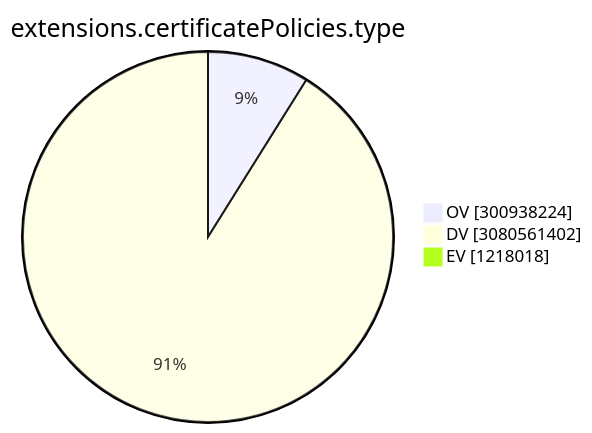
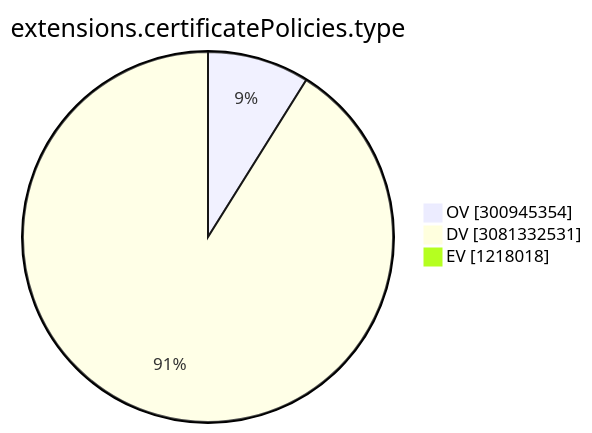
The ninth of 15 diagrams in TOTAL/README.md (christiankrug/ctmonitor_visualization), drawn with Mermaid before and after one commit. The commit also changed other lines of this file, not shown here.

````diff
--- a/TOTAL/README.md
+++ b/TOTAL/README.md
@@ -3103,7 +3103,7 @@
 ```mermaid
 pie showData
 title extensions.certificatePolicies.type
-"OV" :300938224
-"DV" :3080561402
+"OV" :300945354
+"DV" :3081332531
 "EV" :1218018
 ```
````
